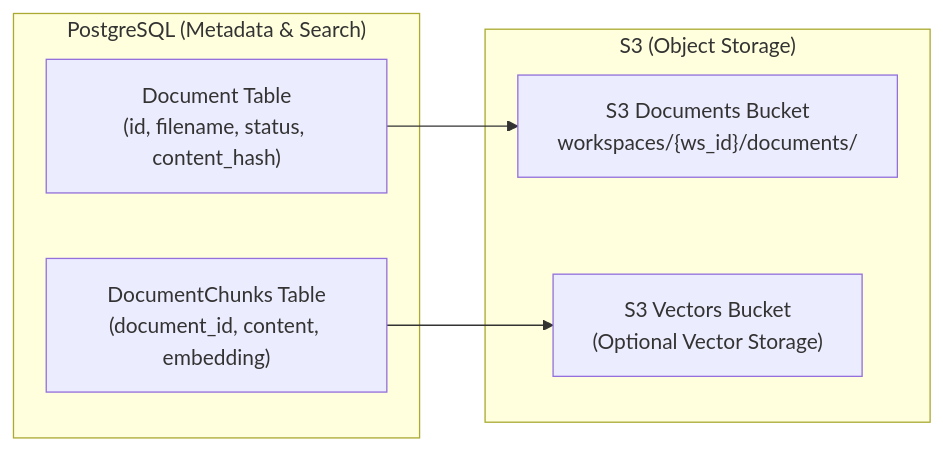
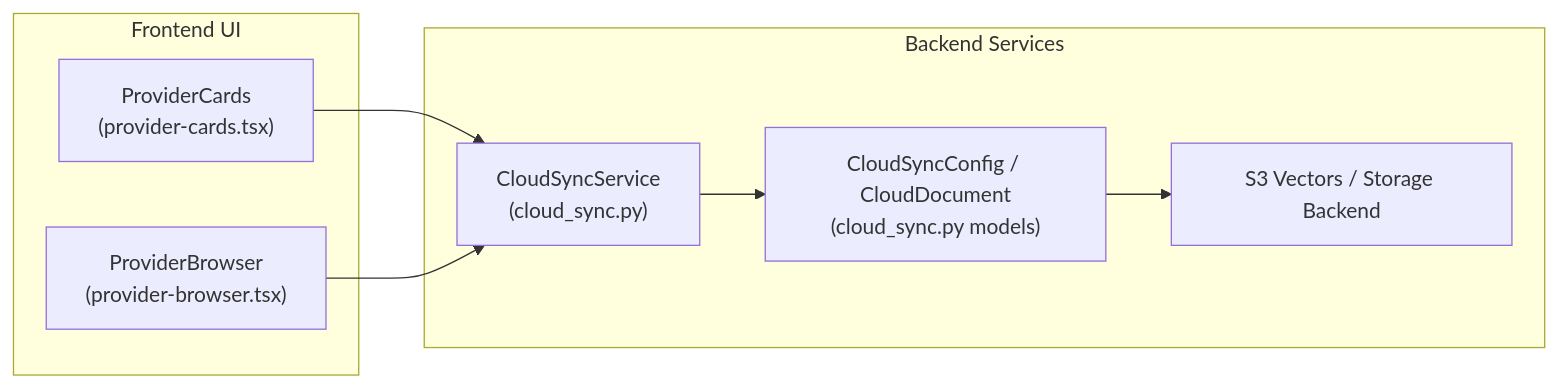
The fifth of 5 diagrams in docs/knowledge-base-rag/document-management.md (AutomatosAI/automatos-ai), drawn with Mermaid before and after one commit. The commit also changed other lines of this file and 191 other files, not shown here.

````diff
--- a/docs/knowledge-base-rag/document-management.md
+++ b/docs/knowledge-base-rag/document-management.md
@@ -201,15 +189,18 @@
 ```mermaid
 graph LR
-    subgraph "PostgreSQL (Metadata & Search)"
-        DOC["Document Table<br/>(id, filename, status, content_hash)"]
-        CHUNKS["DocumentChunks Table<br/>(document_id, content, embedding)"]
+    subgraph "Frontend UI"
+        PC["ProviderCards<br/>(provider-cards.tsx)"]
+        PB["ProviderBrowser<br/>(provider-browser.tsx)"]
     end
-    
-    subgraph "S3 (Object Storage)"
-        S3DOCS["S3 Documents Bucket<br/>workspaces/{ws_id}/documents/"]
-        S3VECTORS["S3 Vectors Bucket<br/>(Optional Vector Storage)"]
+
+    subgraph "Backend Services"
+        CCS["CloudSyncService<br/>(cloud_sync.py)"]
+        DB_CS["CloudSyncConfig / CloudDocument<br/>(cloud_sync.py models)"]
+        S3["S3 Vectors / Storage Backend"]
     end
-    
-    DOC --> S3DOCS
-    CHUNKS --> S3VECTORS
+
+    PC --> CCS
+    PB --> CCS
+    CCS --> DB_CS
+    DB_CS --> S3
 ```
````
